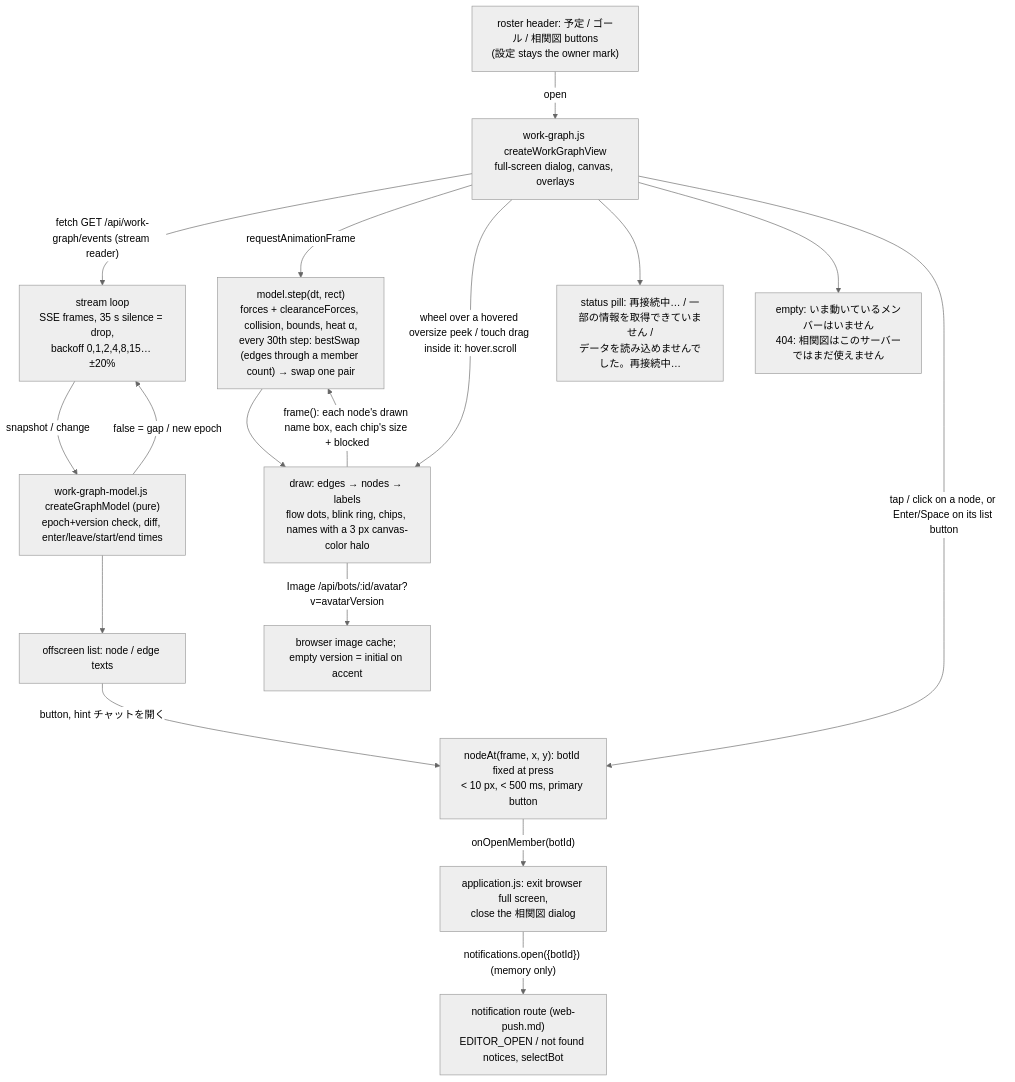
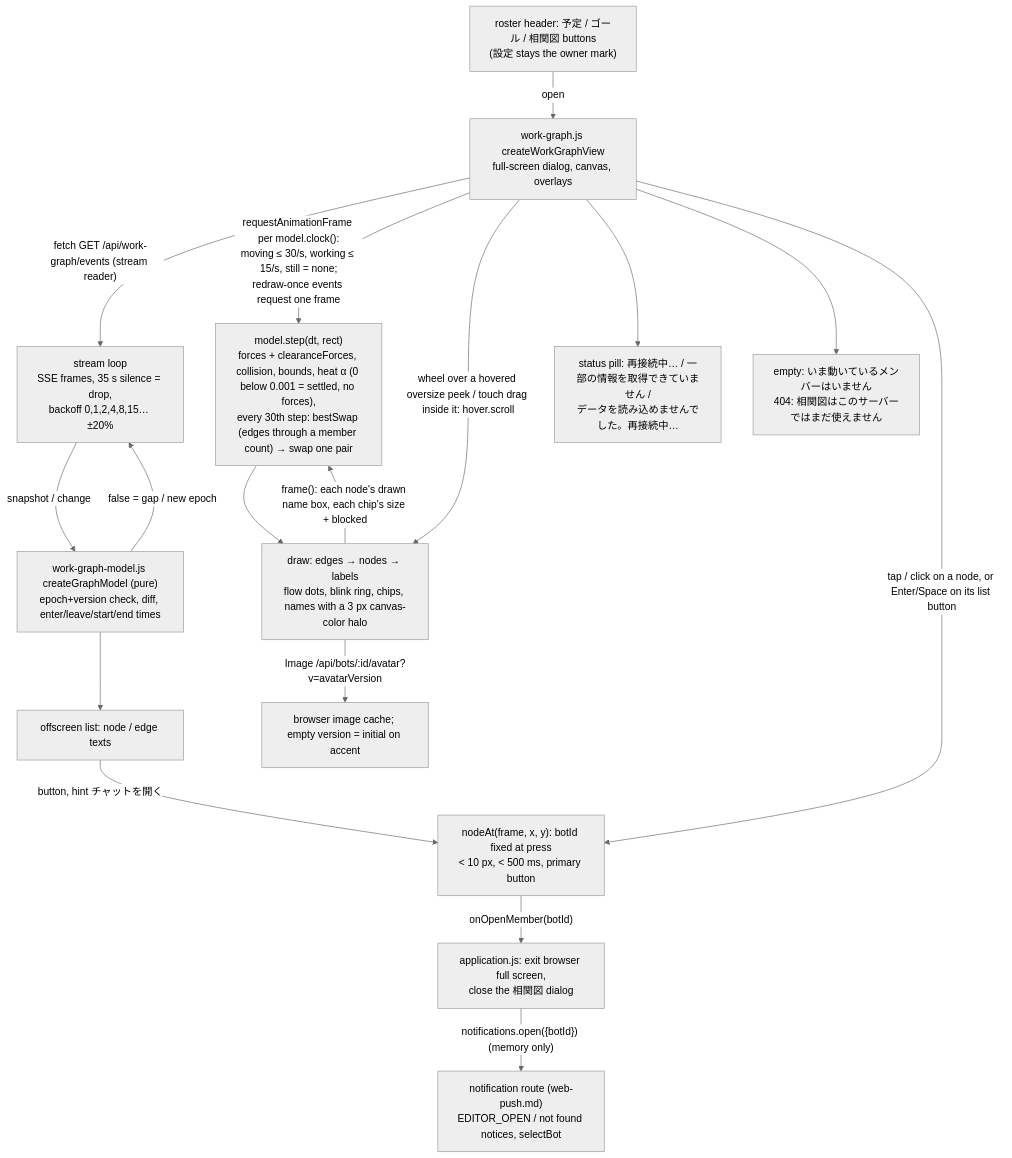
One commit to kitepon/BellTeam changed the diagram in docs/architecture/modules/web/work-graph.md. Above: the diagram before and after it, drawn with Mermaid (neutral theme). The commit also changed other lines of this file and 3 other files, not shown here.

First line of the commit message:
Web 相関図: settle the layout and stop the clock when idle

````diff
--- a/docs/architecture/modules/web/work-graph.md
+++ b/docs/architecture/modules/web/work-graph.md
@@ -7,19 +7,19 @@
 ```mermaid
 flowchart TD
   Nav["roster header: 予定 / ゴール / 相関図 buttons<br/>(設定 stays the owner mark)"] -->|open| View["work-graph.js createWorkGraphView<br/>full-screen dialog, canvas, overlays"]
   View -->|"fetch GET /api/work-graph/events (stream reader)"| Stream["stream loop<br/>SSE frames, 35 s silence = drop,<br/>backoff 0,1,2,4,8,15… ±20%"]
   Stream -->|snapshot / change| Model["work-graph-model.js createGraphModel (pure)<br/>epoch+version check, diff, enter/leave/start/end times"]
   Model -->|"false = gap / new epoch"| Stream
-  View -->|requestAnimationFrame| Step["model.step(dt, rect)<br/>forces + clearanceForces, collision, bounds, heat α,<br/>every 30th step: bestSwap (edges through a member count) → swap one pair"]
+  View -->|"requestAnimationFrame per model.clock():<br/>moving ≤ 30/s, working ≤ 15/s, still = none;<br/>redraw-once events request one frame"| Step["model.step(dt, rect)<br/>forces + clearanceForces, collision, bounds, heat α (0 below 0.001 = settled, no forces),<br/>every 30th step: bestSwap (edges through a member count) → swap one pair"]
   Step --> Draw["draw: edges → nodes → labels<br/>flow dots, blink ring, chips, names with a 3 px canvas-color halo"]
   Draw -->|"frame(): each node's drawn name box, each chip's size + blocked"| Step
   View -->|"wheel over a hovered oversize peek / touch drag inside it: hover.scroll"| Draw
   Model --> A11y["offscreen list: node / edge texts"]
   View --> Pills["status pill: 再接続中… / 一部の情報を取得できていません /<br/>データを読み込めませんでした。再接続中…"]
   View --> Empty["empty: いま動いているメンバーはいません<br/>404: 相関図はこのサーバーではまだ使えません"]
   Draw -->|"Image /api/bots/:id/avatar?v=avatarVersion"| Avatars["browser image cache; empty version = initial on accent"]
   View -->|"tap / click on a node, or Enter/Space on its list button"| Tap["nodeAt(frame, x, y): botId fixed at press<br/>&lt; 10 px, &lt; 500 ms, primary button"]
   A11y -->|"button, hint チャットを開く"| Tap
   Tap -->|"onOpenMember(botId)"| App["application.js: exit browser full screen,<br/>close the 相関図 dialog"]
   App -->|"notifications.open({botId}) (memory only)"| Route["notification route (web-push.md)<br/>EDITOR_OPEN / not found notices, selectBot"]
 ```
````
